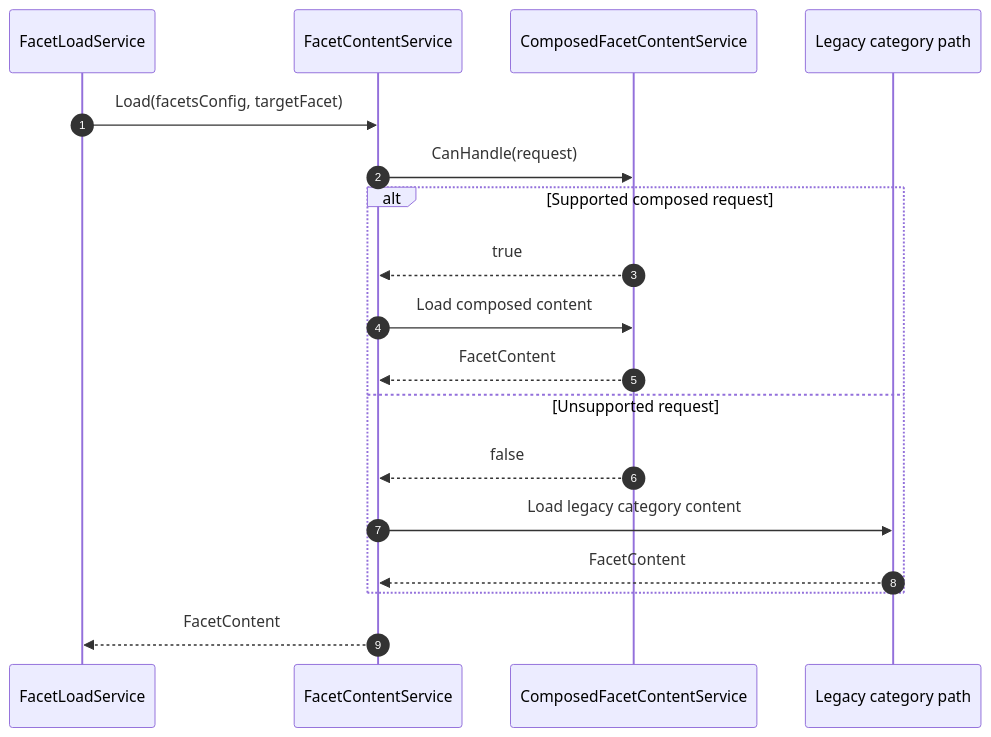
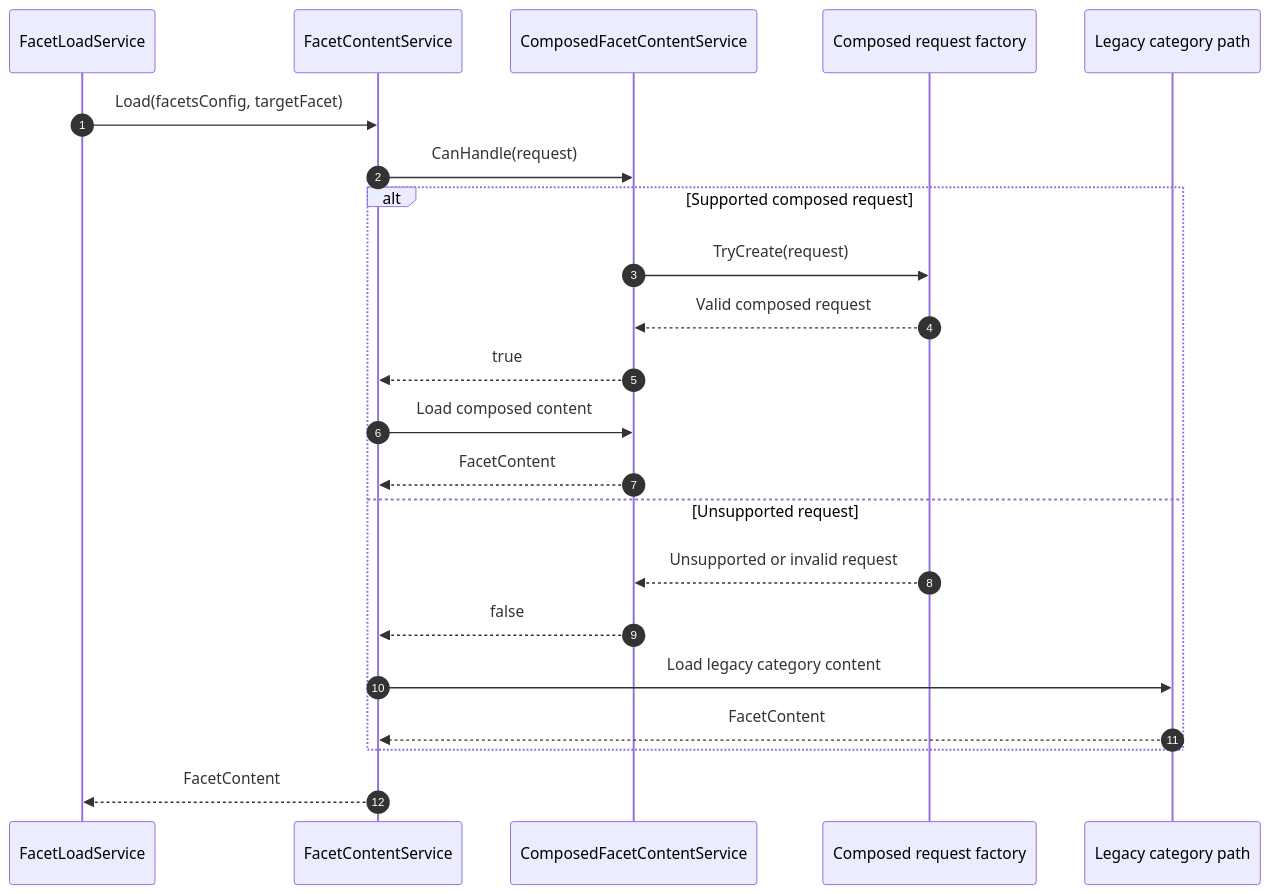
Before and after one commit to humlab-sead/sead_query_api: the sixth of 13 diagrams in docs/DIAGRAMS.md, drawn with Mermaid. The commit also changed other lines of this file and 2 other files, not shown here.

Commit message:
docs: update DESIGN.md, DEVELOPMENT.md, and DIAGRAMS.md to reflect changes in composed facet-content orchestration and request handling

````diff
--- a/docs/DIAGRAMS.md
+++ b/docs/DIAGRAMS.md
@@ -185,21 +195,25 @@
 ```mermaid
 sequenceDiagram
     autonumber
     participant FL as FacetLoadService
     participant FS as FacetContentService
     participant CFS as ComposedFacetContentService
+    participant RF as Composed request factory
     participant LEG as Legacy category path
 
     FL->>FS: Load(facetsConfig, targetFacet)
     FS->>CFS: CanHandle(request)
     alt Supported composed request
+        CFS->>RF: TryCreate(request)
+        RF-->>CFS: Valid composed request
         CFS-->>FS: true
         FS->>CFS: Load composed content
         CFS-->>FS: FacetContent
     else Unsupported request
+        RF-->>CFS: Unsupported or invalid request
         CFS-->>FS: false
         FS->>LEG: Load legacy category content
         LEG-->>FS: FacetContent
     end
     FS-->>FL: FacetContent
 ```
````
